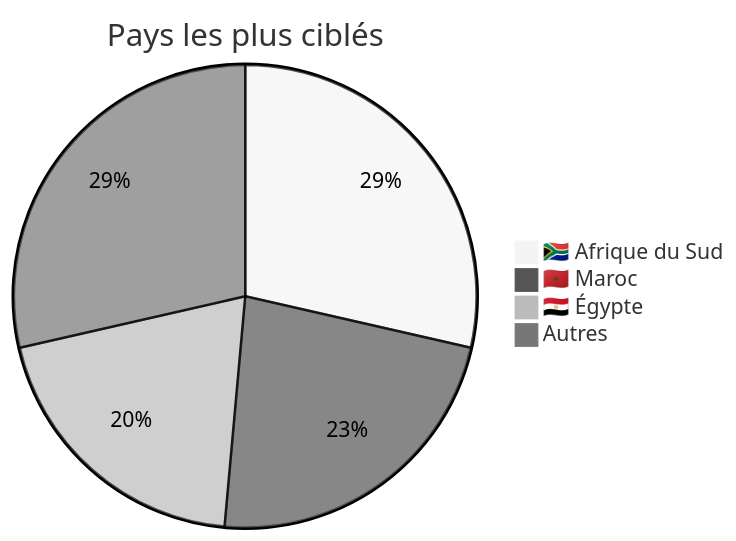
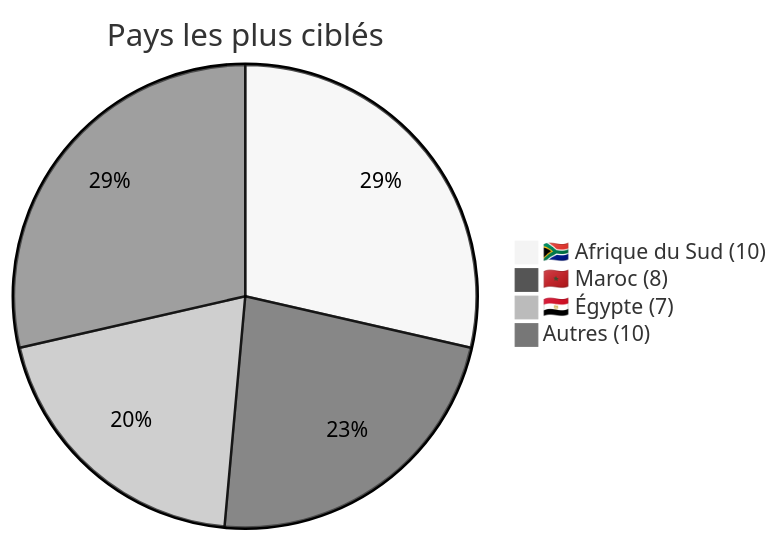
One commit to Hatchepsoute/AFRINTEL changed the second of 12 diagrams in reports/2026/03-march/README_FR.md. Above: the diagram before and after it, drawn with Mermaid (neutral theme). The commit also changed other lines of this file and 1 other file, not shown here.

````diff
--- a/reports/2026/03-march/README_FR.md
+++ b/reports/2026/03-march/README_FR.md
@@ -51,8 +51,8 @@
 ```mermaid
 pie
     title Pays les plus ciblés
-    "🇿🇦 Afrique du Sud" : 10
-    "🇲🇦 Maroc" : 8
-    "🇪🇬 Égypte" : 7
-    "Autres" : 10
+    "🇿🇦 Afrique du Sud (10)" : 10
+    "🇲🇦 Maroc (8)" : 8
+    "🇪🇬 Égypte (7)" : 7
+    "Autres (10)" : 10
 ```
````
